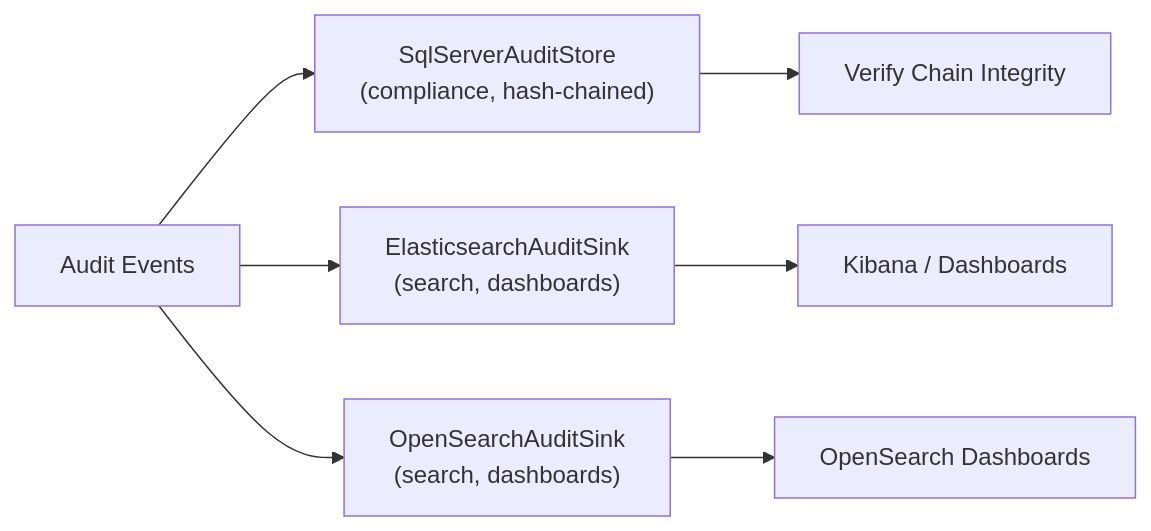
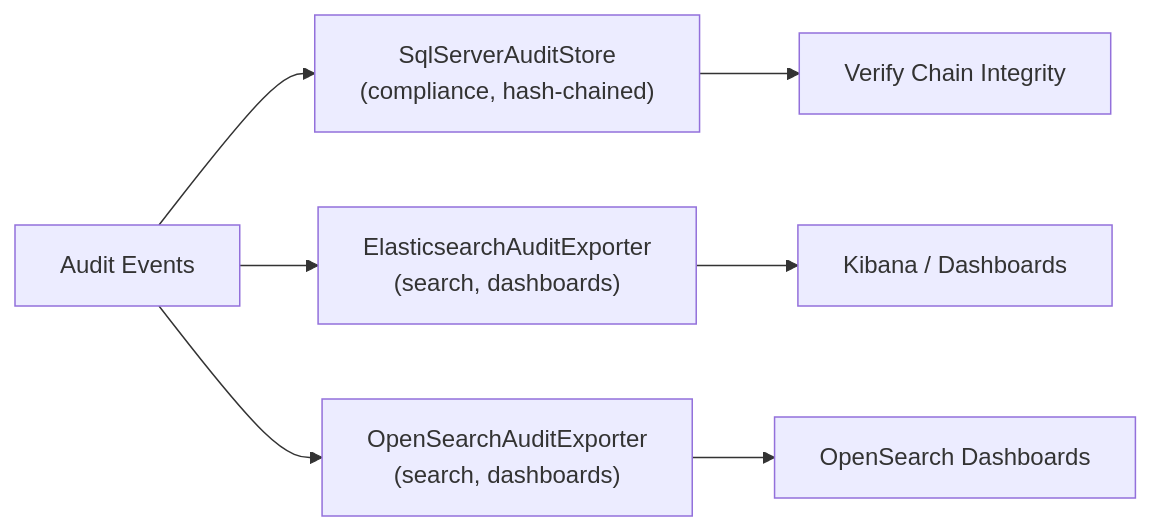
Before and after one commit to TrigintaFaces/Excalibur: the second of 2 diagrams in docs-site/docs/compliance/audit-logging.md, drawn with Mermaid. The commit also changed other lines of this file and 4797 other files, not shown here.

````diff
--- a/docs-site/docs/compliance/audit-logging.md
+++ b/docs-site/docs/compliance/audit-logging.md
@@ -675,10 +908,10 @@
 ```mermaid
 flowchart LR
     AE[Audit Events] --> SQL["SqlServerAuditStore<br/>(compliance, hash-chained)"]
-    AE --> ES["ElasticsearchAuditSink<br/>(search, dashboards)"]
-    AE --> OS["OpenSearchAuditSink<br/>(search, dashboards)"]
+    AE --> ES["ElasticsearchAuditExporter<br/>(search, dashboards)"]
+    AE --> OS["OpenSearchAuditExporter<br/>(search, dashboards)"]
 
     SQL --> V[Verify Chain Integrity]
     ES --> K[Kibana / Dashboards]
     OS --> OSD[OpenSearch Dashboards]
 ```
````
